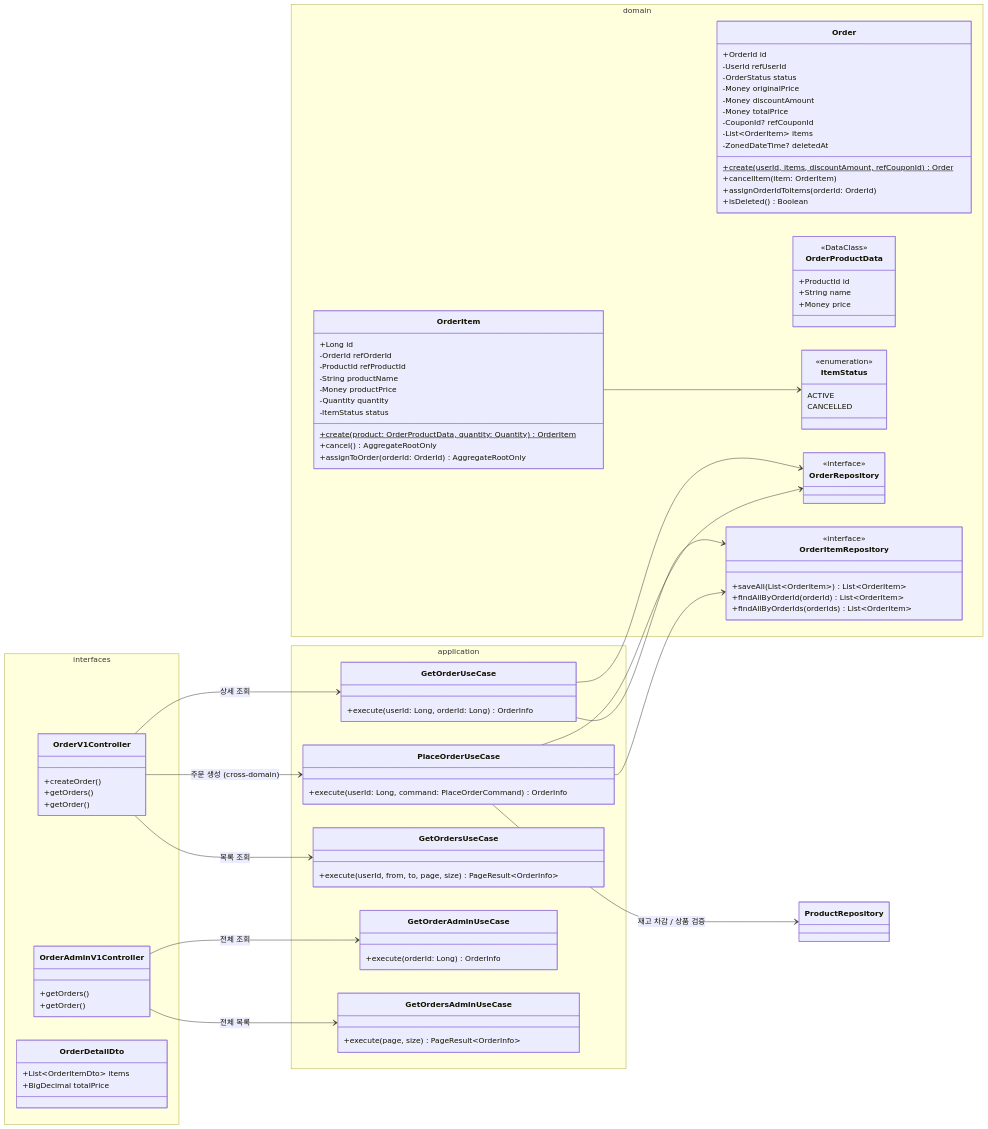
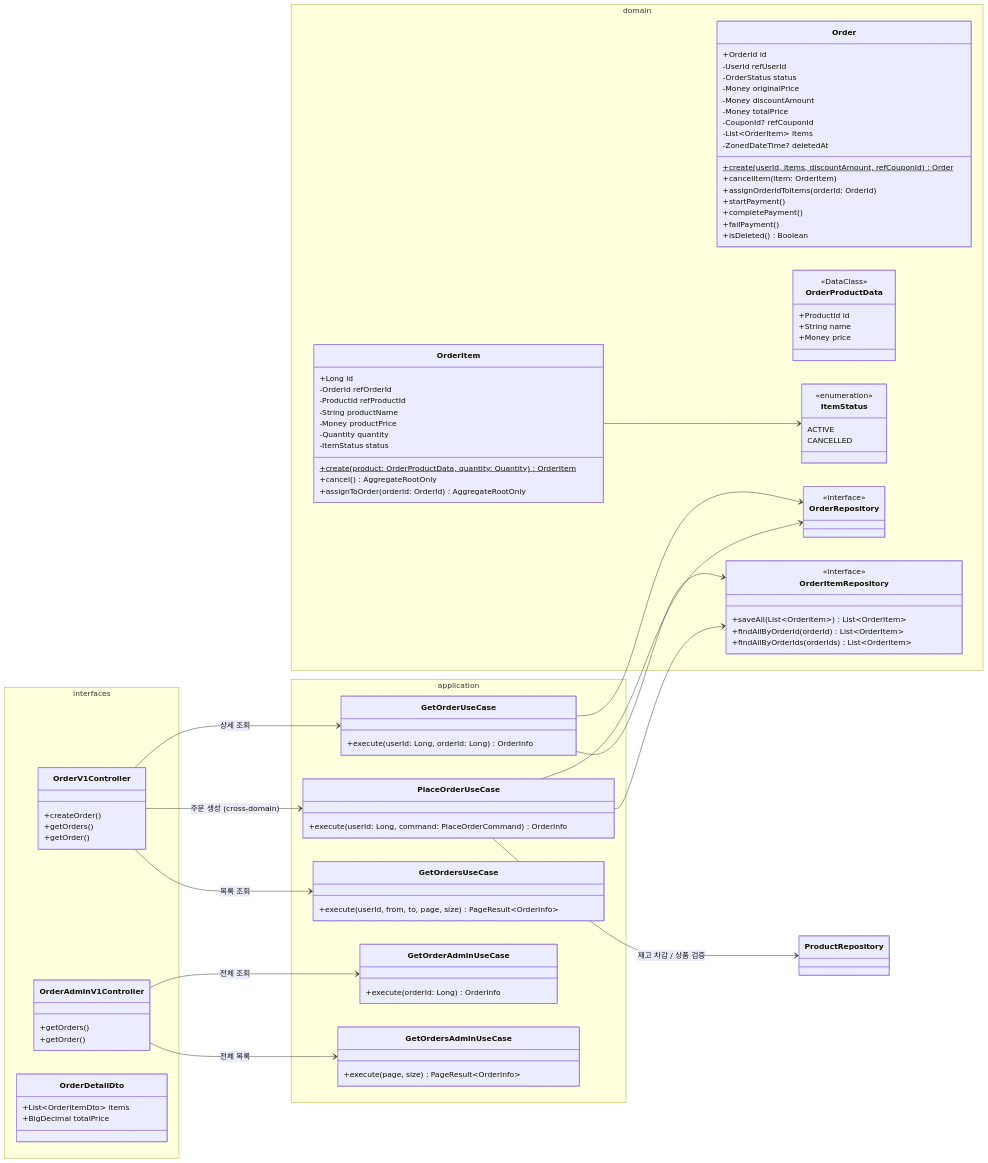
Before and after one commit to Loopers-dev-lab/loop-pack-be-l2-vol3-kotlin: the fifth of 10 diagrams in docs/design/03-class-diagram.md, drawn with Mermaid. The commit also changed other lines of this file and 3 other files, not shown here.

```diff
--- a/docs/design/03-class-diagram.md
+++ b/docs/design/03-class-diagram.md
@@ -476,6 +508,9 @@
             +create(userId, items, discountAmount, refCouponId)$ Order
             +cancelItem(item: OrderItem)
             +assignOrderIdToItems(orderId: OrderId)
+            +startPayment()
+            +completePayment()
+            +failPayment()
             +isDeleted() Boolean
         }
         class OrderProductData {
```
